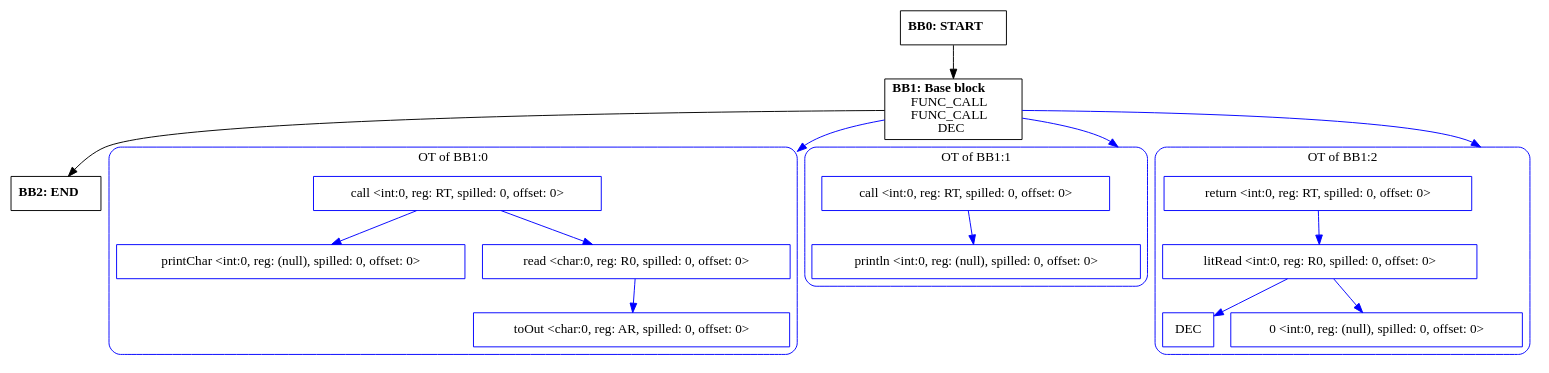
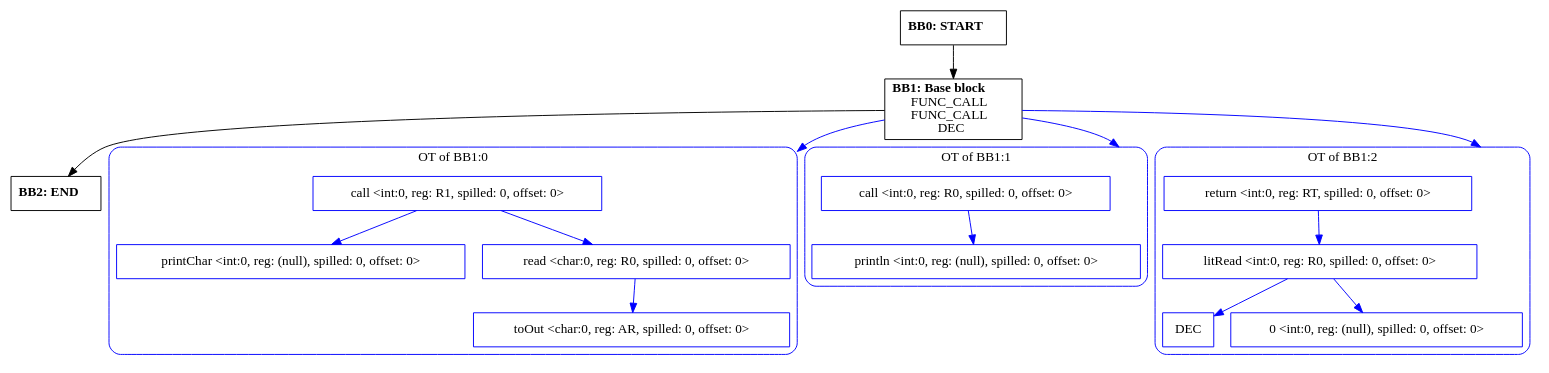
Before and after one commit to zavar152-cv/myLang-oop-compiler: the diagram in outputs/cfg/io.printlnChar.dot, drawn with Graphviz. The commit also changed 25 other files, not shown here.

```diff
--- a/outputs/cfg/io.printlnChar.dot
+++ b/outputs/cfg/io.printlnChar.dot
@@ -1,50 +1,50 @@
 digraph CFG {
     compound=true;
     graph [splines=true];
     node [shape=rectangle];
 
     BB2 [label=<<B>BB2: END</B><BR ALIGN="CENTER"/>>];
     BB1 [label=<<B>BB1: Base block</B><BR ALIGN="CENTER"/>FUNC_CALL<BR ALIGN="CENTER"/>FUNC_CALL<BR ALIGN="CENTER"/>DEC<BR ALIGN="CENTER"/>>];
     subgraph cluster_instruction0 {
         label = "OT of BB1:0";
         style=rounded;
         color=blue;
         entry0 [shape=point, style=invis];
-        node0 [label="call <int:0, reg: RT, spilled: 0, offset: 0>", color=blue];
+        node0 [label="call <int:0, reg: R1, spilled: 0, offset: 0>", color=blue];
         node1 [label="printChar <int:0, reg: (null), spilled: 0, offset: 0>", color=blue];
         node0 -> node1[color=blue];
         node2 [label="read <char:0, reg: R0, spilled: 0, offset: 0>", color=blue];
         node3 [label="toOut <char:0, reg: AR, spilled: 0, offset: 0>", color=blue];
         node2 -> node3[color=blue];
         node0 -> node2[color=blue];
     }
     BB1 -> entry0 [lhead=cluster_instruction0, color=blue];
     subgraph cluster_instruction1 {
         label = "OT of BB1:1";
         style=rounded;
         color=blue;
         entry1 [shape=point, style=invis];
-        node4 [label="call <int:0, reg: RT, spilled: 0, offset: 0>", color=blue];
+        node4 [label="call <int:0, reg: R0, spilled: 0, offset: 0>", color=blue];
         node5 [label="println <int:0, reg: (null), spilled: 0, offset: 0>", color=blue];
         node4 -> node5[color=blue];
     }
     BB1 -> entry1 [lhead=cluster_instruction1, color=blue];
     subgraph cluster_instruction2 {
         label = "OT of BB1:2";
         style=rounded;
         color=blue;
         entry2 [shape=point, style=invis];
         node6 [label="return <int:0, reg: RT, spilled: 0, offset: 0>", color=blue];
         node7 [label="litRead <int:0, reg: R0, spilled: 0, offset: 0>", color=blue];
         node8 [label="DEC", color=blue];
         node7 -> node8[color=blue];
         node9 [label="0 <int:0, reg: (null), spilled: 0, offset: 0>", color=blue];
         node7 -> node9[color=blue];
         node6 -> node7[color=blue];
     }
     BB1 -> entry2 [lhead=cluster_instruction2, color=blue];
     BB0 [label=<<B>BB0: START</B><BR ALIGN="CENTER"/>>];
 
     BB1 -> BB2;
     BB0 -> BB1;
 }
```
